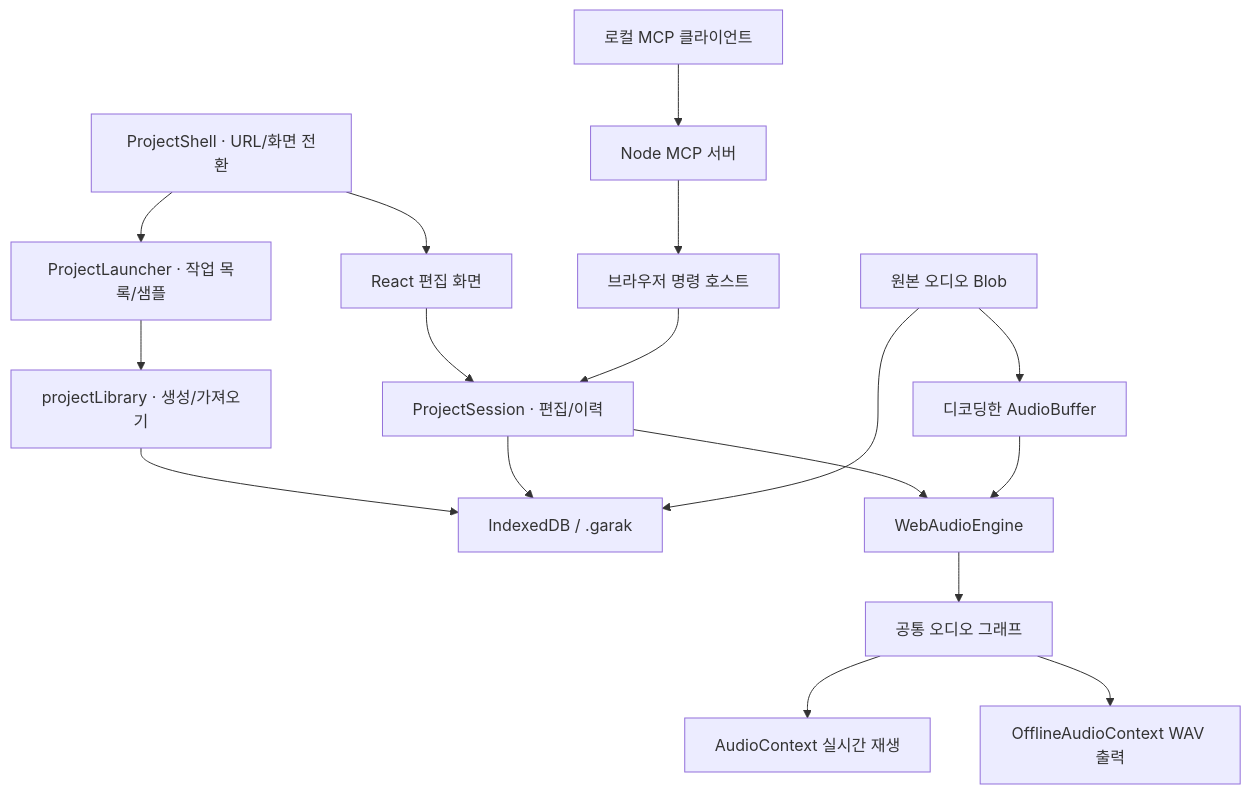
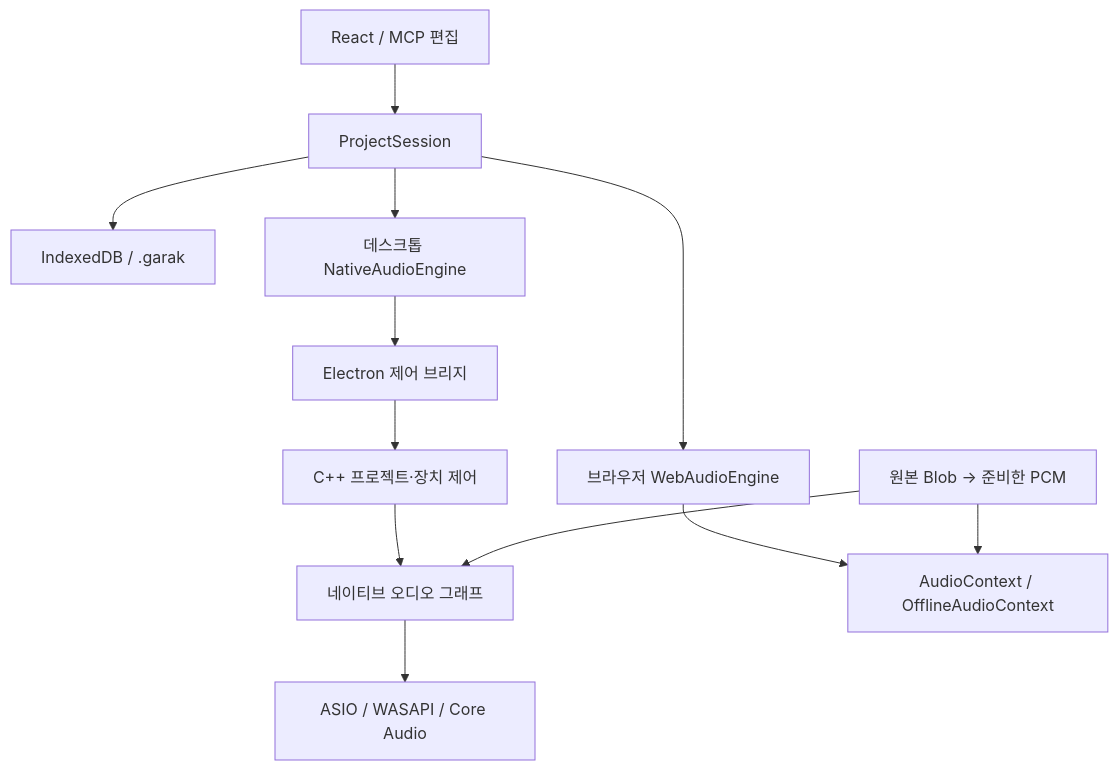
One commit to songchez/garak-ieum changed the diagram in docs/ARCHITECTURE.md. Above: the diagram before and after it, drawn with Mermaid. The commit also changed other lines of this file and 72 other files, not shown here.

First line of the commit message:
Implement native desktop audio engine with ASIO, WASAPI, Core Audio and VST3

````diff
--- a/docs/ARCHITECTURE.md
+++ b/docs/ARCHITECTURE.md
@@ -9,19 +9,14 @@
 ```mermaid
 flowchart TD
-  Shell["ProjectShell · URL/화면 전환"] --> L["ProjectLauncher · 작업 목록/샘플"]
-  Shell --> UI
-  L --> Create["projectLibrary · 생성/가져오기"]
-  Create --> S
-  UI["React 편집 화면"] --> P["ProjectSession · 편집/이력"]
-  AI["로컬 MCP 클라이언트"] --> M["Node MCP 서버"]
-  M --> H["브라우저 명령 호스트"]
-  H --> P
-  P --> E["WebAudioEngine"]
+  UI["React / MCP 편집"] --> P["ProjectSession"]
   P --> S["IndexedDB / .garak"]
-  A["원본 오디오 Blob"] --> S
-  A --> B["디코딩한 AudioBuffer"]
-  B --> E
-  E --> G["공통 오디오 그래프"]
-  G --> R["AudioContext 실시간 재생"]
-  G --> O["OfflineAudioContext WAV 출력"]
+  P --> N["데스크톱 NativeAudioEngine"]
+  N --> IPC["Electron 제어 브리지"]
+  IPC --> C["C++ 프로젝트·장치 제어"]
+  C --> G["네이티브 오디오 그래프"]
+  G --> D["ASIO / WASAPI / Core Audio"]
+  P --> W["브라우저 WebAudioEngine"]
+  W --> B["AudioContext / OfflineAudioContext"]
+  A["원본 Blob → 준비한 PCM"] --> G
+  A --> B
 ```
````
